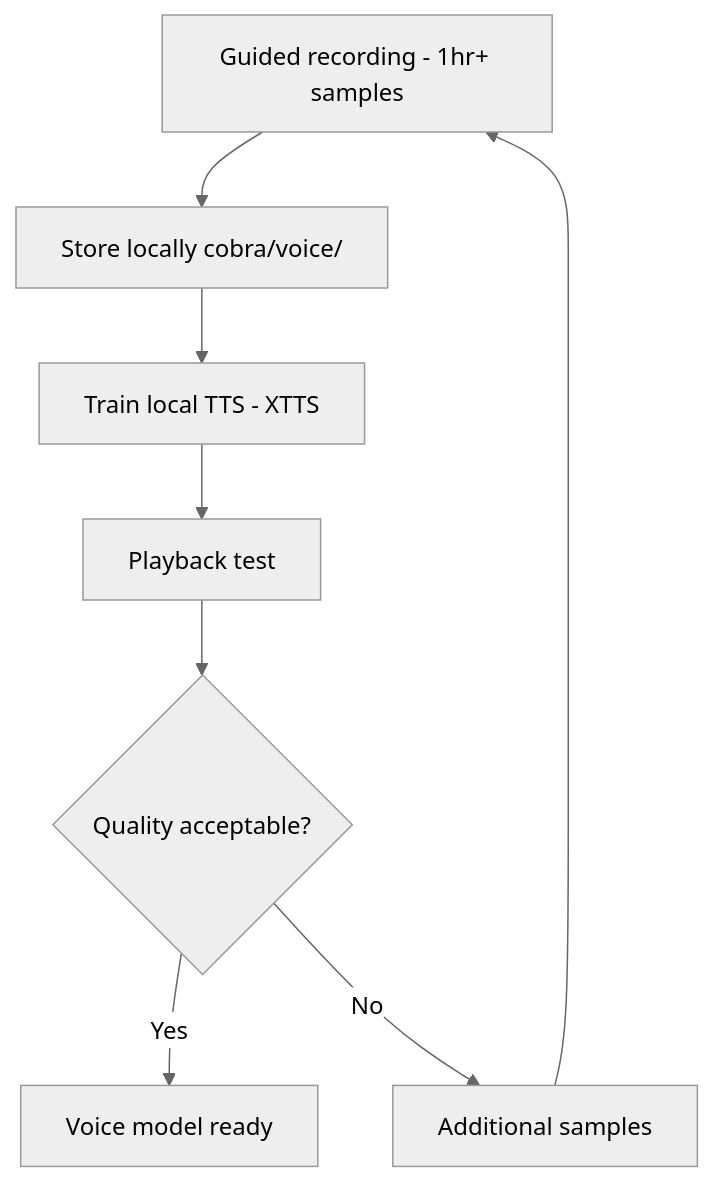
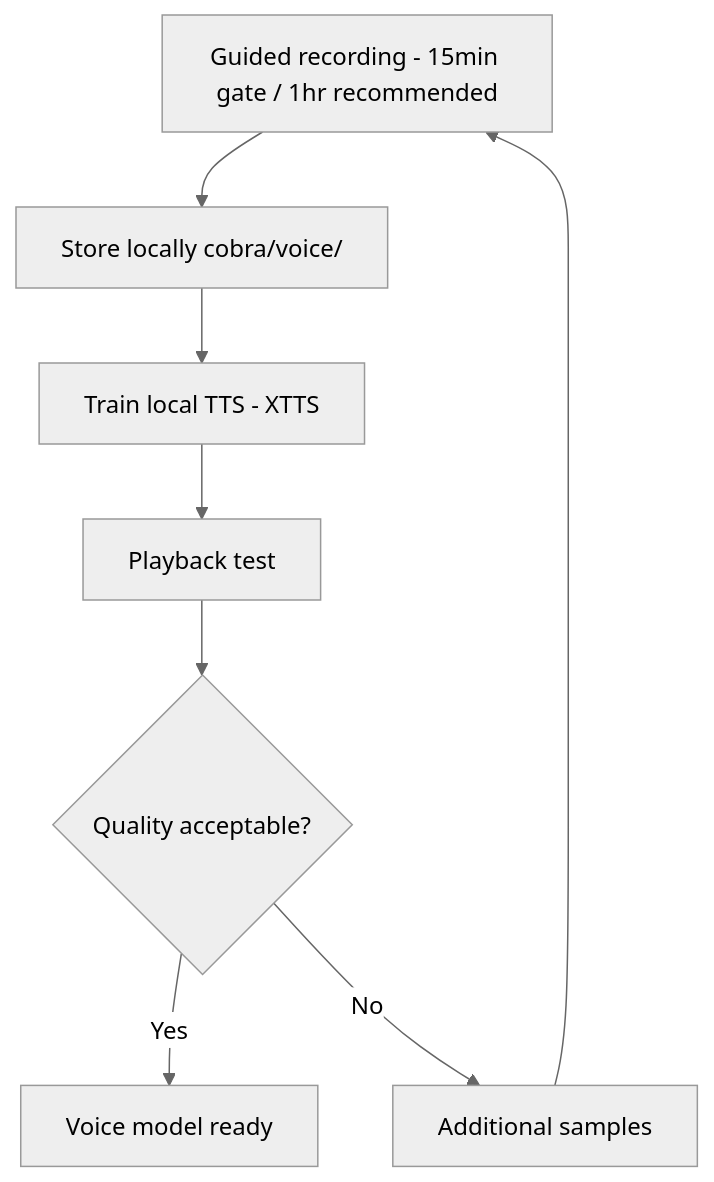
Before and after one commit to dbrito1231/cobra: the diagram in specs/voice/voice-cloning.md, drawn with Mermaid (neutral theme). The commit also changed other lines of this file and 41 other files, not shown here.

````diff
--- a/specs/voice/voice-cloning.md
+++ b/specs/voice/voice-cloning.md
@@ -45,9 +46,9 @@
 ```mermaid
 flowchart TD
-    CL1[Guided recording - 1hr+ samples] --> CL2[Store locally cobra/voice/]
+    CL1[Guided recording - 15min gate / 1hr recommended] --> CL2[Store locally cobra/voice/]
     CL2 --> CL3[Train local TTS - XTTS]
     CL3 --> CL4[Playback test]
     CL4 --> CL5{Quality acceptable?}
     CL5 -->|Yes| CL6[Voice model ready]
     CL5 -->|No| CL7[Additional samples] --> CL1
 ```
````
